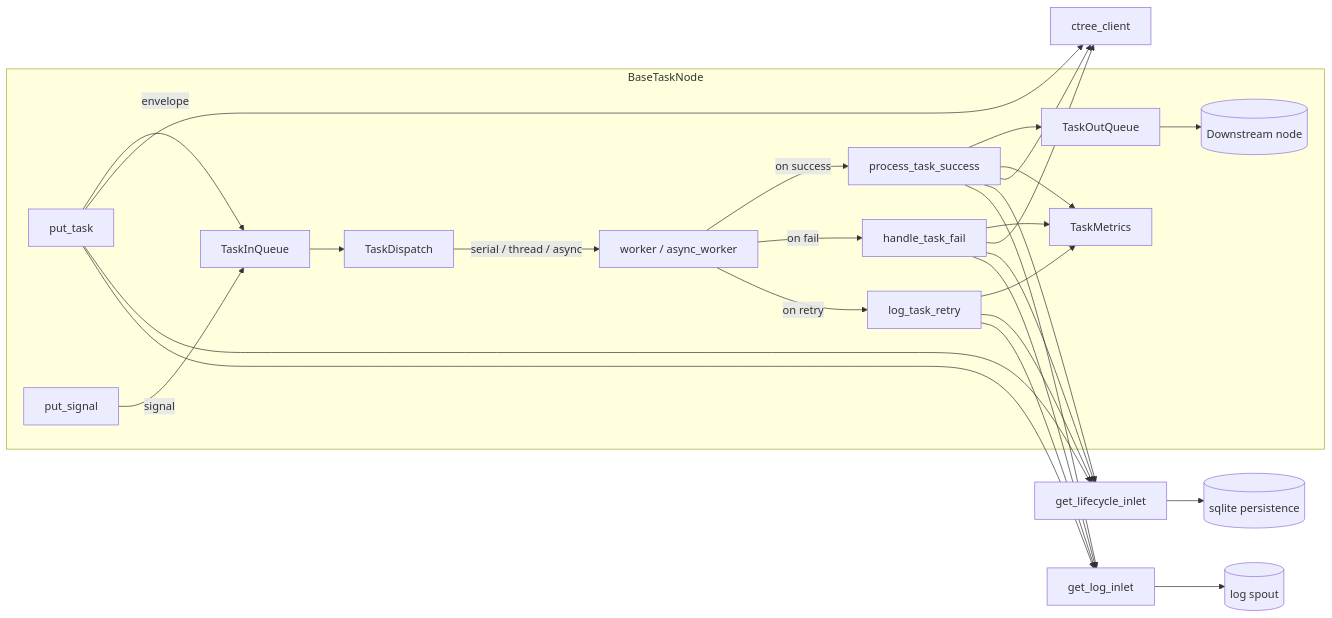
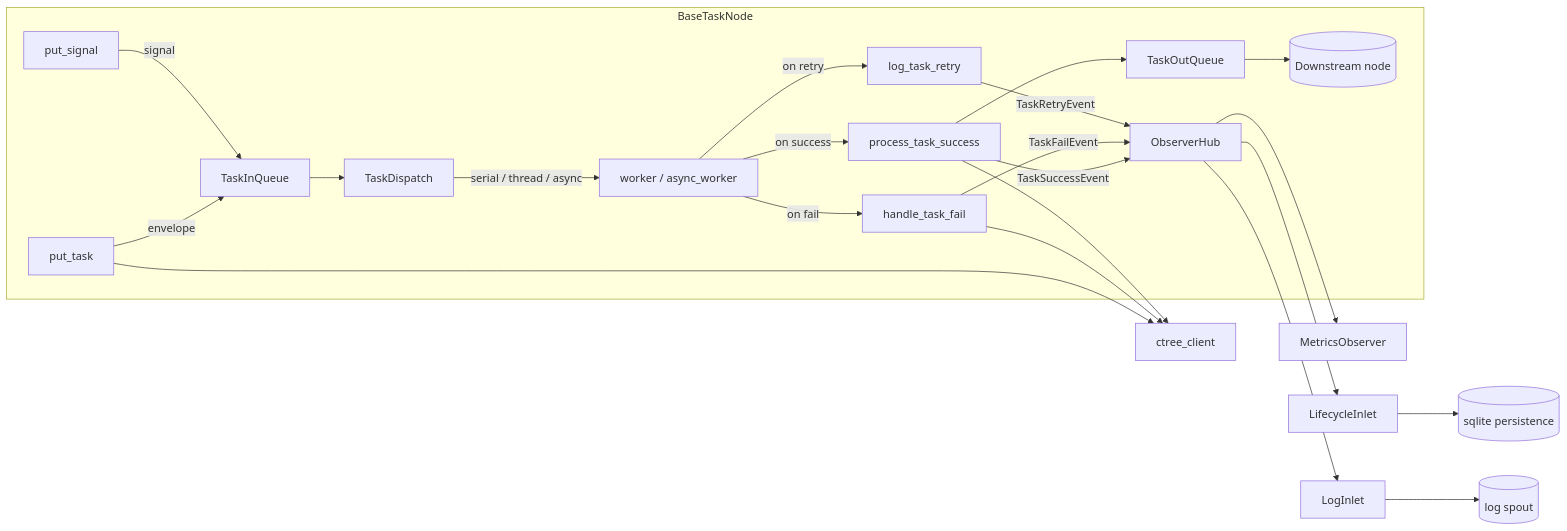
Before and after one commit to Mr-xiaotian/CelestialFlow: the second of 2 diagrams in docs/en/src/node/core_node.md, drawn with Mermaid. The commit also changed other lines of this file and 157 other files, not shown here.

````diff
--- a/docs/en/src/node/core_node.md
+++ b/docs/en/src/node/core_node.md
@@ -200,32 +211,27 @@
 ```mermaid
 flowchart LR
     subgraph "BaseTaskNode"
         PutTask[put_task] -->|envelope| TaskQueue[TaskInQueue]
         PutSignal[put_signal] -->|signal| TaskQueue
         TaskQueue --> Dispatch[TaskDispatch]
         Dispatch -->|serial / thread / async| Worker[worker / async_worker]
         Worker -->|on success| PTS[process_task_success]
         Worker -->|on fail| HTF[handle_task_fail]
         Worker -->|on retry| LTR[log_task_retry]
         PTS --> YieldQueue[TaskOutQueue]
         YieldQueue --> Downstream[(Downstream node)]
-        PTS --> Metrics[TaskMetrics]
-        HTF --> Metrics
-        LTR --> Metrics
+        PTS -->|TaskSuccessEvent| Hub[ObserverHub]
+        HTF -->|TaskFailEvent| Hub
+        LTR -->|TaskRetryEvent| Hub
     end
 
     PutTask --> CT[ctree_client]
     HTF --> CT
     PTS --> CT
 
-    PutTask --> LCI[get_lifecycle_inlet]
-    PutTask --> GLI[get_log_inlet]
-    PTS --> LCI
-    PTS --> GLI
-    HTF --> LCI
-    HTF --> GLI
-    LTR --> LCI
-    LTR --> GLI
-    LCI --> SQLite[(sqlite persistence)]
-    GLI --> LogStore[(log spout)]
+    Hub --> Metrics[MetricsObserver]
+    Hub --> Lifecycle[LifecycleInlet]
+    Hub --> Log[LogInlet]
+    Lifecycle --> SQLite[(sqlite persistence)]
+    Log --> LogStore[(log spout)]
 ```
````
